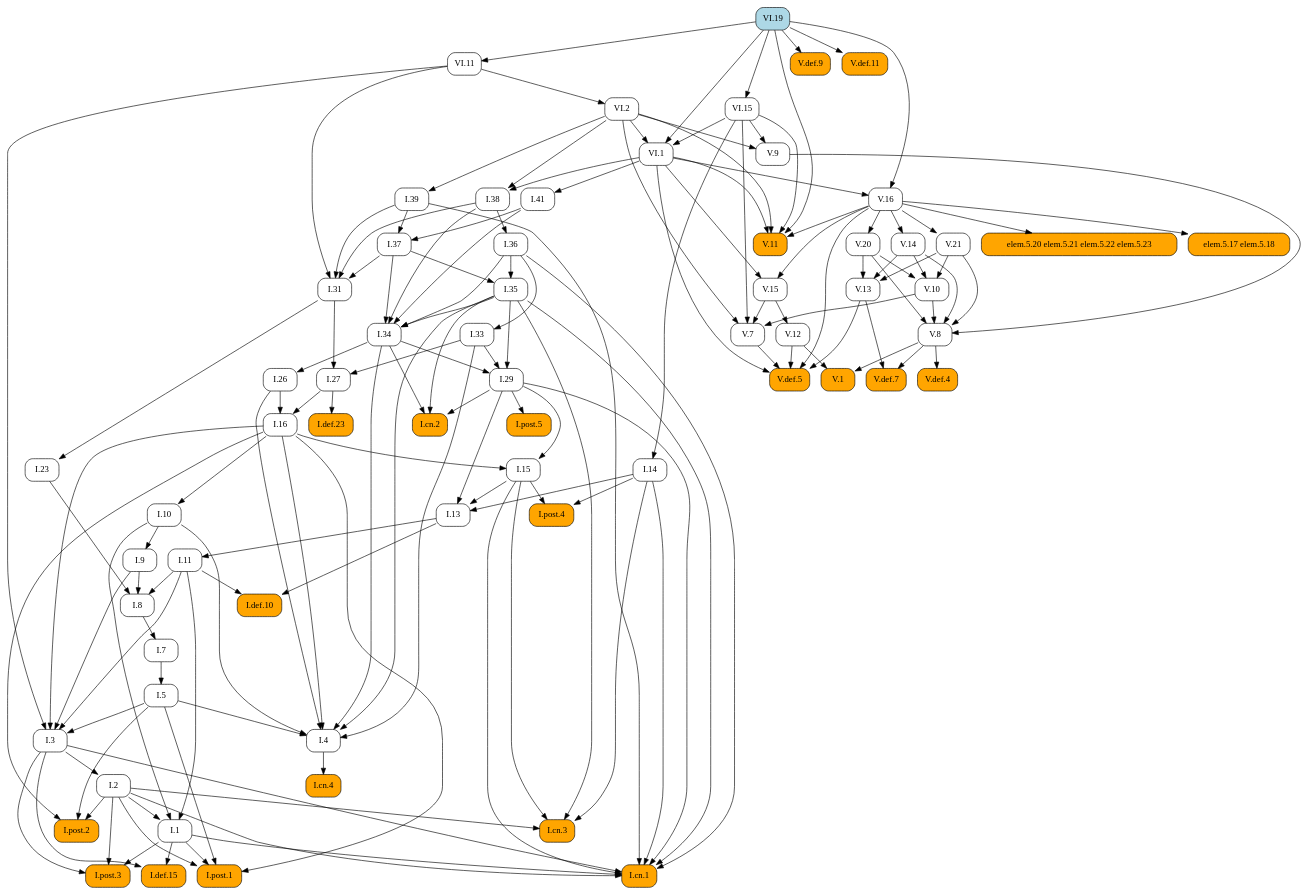
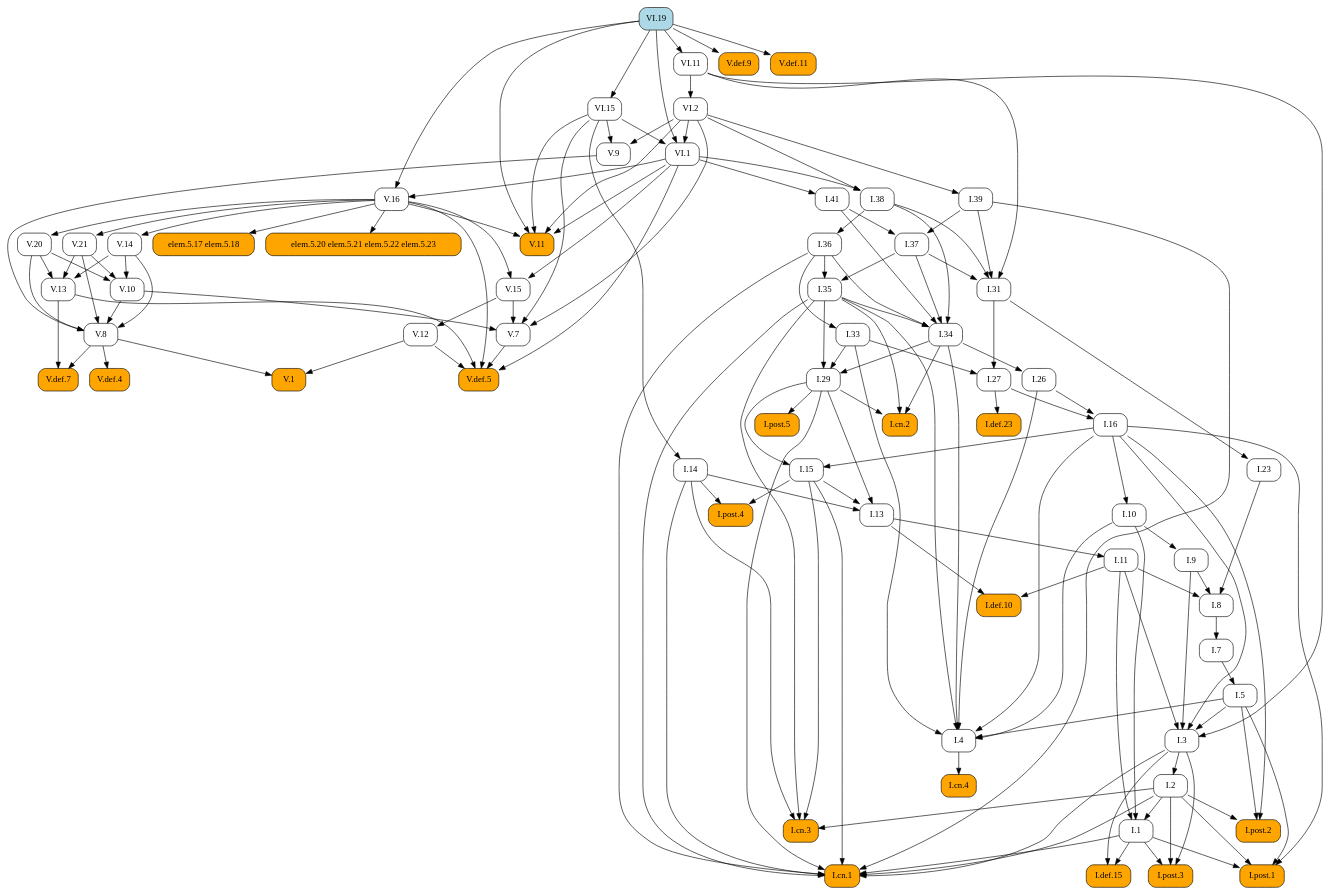
The diagram in docsrc/elements2/VI/19/index.rst (geometor/elements), drawn with Graphviz before and after one commit. The commit also changed other lines of this file and 171 other files, not shown here.

```diff
--- a/docsrc/elements2/VI/19/index.rst
+++ b/docsrc/elements2/VI/19/index.rst
@@ -61,183 +61,156 @@
    digraph {
      rankdir="TB";
      node [shape=box, style=rounded];
+     "V.20" [URL="/elements2/V/20/", target="_top"];
+     "I.8" [URL="/elements2/I/8/", target="_top"];
+     "VI.19" [style="rounded,filled", fillcolor=lightblue, URL="/elements2/VI/19/", target="_top"];
+     "VI.15" [URL="/elements2/VI/15/", target="_top"];
+     "I.36" [URL="/elements2/I/36/", target="_top"];
+     "V.def.5" [style="rounded,filled", fillcolor=orange, URL="/elements2/V/def.5/", target="_top"];
+     "V.def.7" [style="rounded,filled", fillcolor=orange, URL="/elements2/V/def.7/", target="_top"];
+     "V.def.4" [style="rounded,filled", fillcolor=orange, URL="/elements2/V/def.4/", target="_top"];
+     "I.14" [URL="/elements2/I/14/", target="_top"];
+     "I.post.1" [style="rounded,filled", fillcolor=orange, URL="/elements2/I/post.1/", target="_top"];
+     "I.33" [URL="/elements2/I/33/", target="_top"];
+     "I.5" [URL="/elements2/I/5/", target="_top"];
+     "I.38" [URL="/elements2/I/38/", target="_top"];
      "elem.5.17 elem.5.18" [style="rounded,filled", fillcolor=orange];
+     "VI.1" [URL="/elements2/VI/1/", target="_top"];
+     "V.11" [style="rounded,filled", fillcolor=orange, URL="/elements2/V/11/", target="_top"];
+     "V.13" [URL="/elements2/V/13/", target="_top"];
+     "I.def.10" [style="rounded,filled", fillcolor=orange, URL="/elements2/I/def.10/", target="_top"];
+     "I.post.5" [style="rounded,filled", fillcolor=orange, URL="/elements2/I/post.5/", target="_top"];
+     "I.cn.2" [style="rounded,filled", fillcolor=orange, URL="/elements2/I/cn.2/", target="_top"];
+     "VI.11" [URL="/elements2/VI/11/", target="_top"];
+     "V.9" [URL="/elements2/V/9/", target="_top"];
+     "V.16" [URL="/elements2/V/16/", target="_top"];
+     "I.def.15" [style="rounded,filled", fillcolor=orange, URL="/elements2/I/def.15/", target="_top"];
+     "V.15" [URL="/elements2/V/15/", target="_top"];
+     "I.31" [URL="/elements2/I/31/", target="_top"];
+     "I.11" [URL="/elements2/I/11/", target="_top"];
+     "I.3" [URL="/elements2/I/3/", target="_top"];
+     "I.post.2" [style="rounded,filled", fillcolor=orange, URL="/elements2/I/post.2/", target="_top"];
+     "I.def.23" [style="rounded,filled", fillcolor=orange, URL="/elements2/I/def.23/", target="_top"];
+     "I.26" [URL="/elements2/I/26/", target="_top"];
+     "V.14" [URL="/elements2/V/14/", target="_top"];
+     "V.10" [URL="/elements2/V/10/", target="_top"];
+     "I.cn.3" [style="rounded,filled", fillcolor=orange, URL="/elements2/I/cn.3/", target="_top"];
+     "I.1" [URL="/elements2/I/1/", target="_top"];
+     "I.cn.4" [style="rounded,filled", fillcolor=orange, URL="/elements2/I/cn.4/", target="_top"];
+     "I.7" [URL="/elements2/I/7/", target="_top"];
+     "I.9" [URL="/elements2/I/9/", target="_top"];
+     "V.def.9" [style="rounded,filled", fillcolor=orange, URL="/elements2/V/def.9/", target="_top"];
+     "I.16" [URL="/elements2/I/16/", target="_top"];
+     "V.7" [URL="/elements2/V/7/", target="_top"];
+     "I.cn.1" [style="rounded,filled", fillcolor=orange, URL="/elements2/I/cn.1/", target="_top"];
+     "elem.5.20 elem.5.21 elem.5.22 elem.5.23" [style="rounded,filled", fillcolor=orange];
+     "V.21" [URL="/elements2/V/21/", target="_top"];
+     "V.12" [URL="/elements2/V/12/", target="_top"];
+     "I.13" [URL="/elements2/I/13/", target="_top"];
+     "I.post.4" [style="rounded,filled", fillcolor=orange, URL="/elements2/I/post.4/", target="_top"];
+     "V.1" [style="rounded,filled", fillcolor=orange, URL="/elements2/V/1/", target="_top"];
+     "I.41" [URL="/elements2/I/41/", target="_top"];
+     "I.29" [URL="/elements2/I/29/", target="_top"];
+     "I.2" [URL="/elements2/I/2/", target="_top"];
+     "I.35" [URL="/elements2/I/35/", target="_top"];
      "I.37" [URL="/elements2/I/37/", target="_top"];
-     "V.7" [URL="/elements2/V/7/", target="_top"];
-     "I.def.10" [style="rounded,filled", fillcolor=orange, URL="/elements2/I/def.10/", target="_top"];
+     "I.27" [URL="/elements2/I/27/", target="_top"];
+     "I.4" [URL="/elements2/I/4/", target="_top"];
+     "V.8" [URL="/elements2/V/8/", target="_top"];
+     "VI.2" [URL="/elements2/VI/2/", target="_top"];
+     "I.39" [URL="/elements2/I/39/", target="_top"];
+     "I.10" [URL="/elements2/I/10/", target="_top"];
+     "I.15" [URL="/elements2/I/15/", target="_top"];
+     "V.def.11" [style="rounded,filled", fillcolor=orange, URL="/elements2/V/def.11/", target="_top"];
      "I.34" [URL="/elements2/I/34/", target="_top"];
-     "V.def.5" [style="rounded,filled", fillcolor=orange, URL="/elements2/V/def.5/", target="_top"];
-     "I.def.15" [style="rounded,filled", fillcolor=orange, URL="/elements2/I/def.15/", target="_top"];
+     "I.23" [URL="/elements2/I/23/", target="_top"];
      "I.post.3" [style="rounded,filled", fillcolor=orange, URL="/elements2/I/post.3/", target="_top"];
-     "I.cn.4" [style="rounded,filled", fillcolor=orange, URL="/elements2/I/cn.4/", target="_top"];
-     "V.def.7" [style="rounded,filled", fillcolor=orange, URL="/elements2/V/def.7/", target="_top"];
-     "VI.11" [URL="/elements2/VI/11/", target="_top"];
-     "I.41" [URL="/elements2/I/41/", target="_top"];
-     "I.36" [URL="/elements2/I/36/", target="_top"];
-     "I.27" [URL="/elements2/I/27/", target="_top"];
-     "VI.15" [URL="/elements2/VI/15/", target="_top"];
-     "V.10" [URL="/elements2/V/10/", target="_top"];
-     "I.post.2" [style="rounded,filled", fillcolor=orange, URL="/elements2/I/post.2/", target="_top"];
-     "I.13" [URL="/elements2/I/13/", target="_top"];
-     "I.10" [URL="/elements2/I/10/", target="_top"];
-     "I.post.1" [style="rounded,filled", fillcolor=orange, URL="/elements2/I/post.1/", target="_top"];
-     "I.7" [URL="/elements2/I/7/", target="_top"];
-     "V.14" [URL="/elements2/V/14/", target="_top"];
-     "V.15" [URL="/elements2/V/15/", target="_top"];
-     "I.14" [URL="/elements2/I/14/", target="_top"];
-     "I.11" [URL="/elements2/I/11/", target="_top"];
-     "I.4" [URL="/elements2/I/4/", target="_top"];
-     "V.13" [URL="/elements2/V/13/", target="_top"];
-     "V.16" [URL="/elements2/V/16/", target="_top"];
-     "V.1" [style="rounded,filled", fillcolor=orange, URL="/elements2/V/1/", target="_top"];
-     "I.16" [URL="/elements2/I/16/", target="_top"];
-     "V.21" [URL="/elements2/V/21/", target="_top"];
-     "I.def.23" [style="rounded,filled", fillcolor=orange, URL="/elements2/I/def.23/", target="_top"];
-     "elem.5.20 elem.5.21 elem.5.22 elem.5.23" [style="rounded,filled", fillcolor=orange];
-     "I.9" [URL="/elements2/I/9/", target="_top"];
-     "I.38" [URL="/elements2/I/38/", target="_top"];
-     "I.2" [URL="/elements2/I/2/", target="_top"];
-     "I.23" [URL="/elements2/I/23/", target="_top"];
-     "I.26" [URL="/elements2/I/26/", target="_top"];
-     "I.cn.2" [style="rounded,filled", fillcolor=orange, URL="/elements2/I/cn.2/", target="_top"];
-     "VI.2" [URL="/elements2/VI/2/", target="_top"];
-     "I.8" [URL="/elements2/I/8/", target="_top"];
-     "I.15" [URL="/elements2/I/15/", target="_top"];
-     "I.post.5" [style="rounded,filled", fillcolor=orange, URL="/elements2/I/post.5/", target="_top"];
-     "VI.19" [style="rounded,filled", fillcolor=lightblue, URL="/elements2/VI/19/", target="_top"];
-     "VI.1" [URL="/elements2/VI/1/", target="_top"];
-     "I.1" [URL="/elements2/I/1/", target="_top"];
-     "V.def.4" [style="rounded,filled", fillcolor=orange, URL="/elements2/V/def.4/", target="_top"];
-     "I.35" [URL="/elements2/I/35/", target="_top"];
-     "V.def.9" [style="rounded,filled", fillcolor=orange, URL="/elements2/V/def.9/", target="_top"];
-     "V.def.11" [style="rounded,filled", fillcolor=orange, URL="/elements2/V/def.11/", target="_top"];
-     "V.11" [style="rounded,filled", fillcolor=orange, URL="/elements2/V/11/", target="_top"];
-     "V.12" [URL="/elements2/V/12/", target="_top"];
-     "I.33" [URL="/elements2/I/33/", target="_top"];
-     "I.31" [URL="/elements2/I/31/", target="_top"];
-     "I.post.4" [style="rounded,filled", fillcolor=orange, URL="/elements2/I/post.4/", target="_top"];
-     "I.39" [URL="/elements2/I/39/", target="_top"];
-     "I.cn.1" [style="rounded,filled", fillcolor=orange, URL="/elements2/I/cn.1/", target="_top"];
-     "I.3" [URL="/elements2/I/3/", target="_top"];
-     "I.cn.3" [style="rounded,filled", fillcolor=orange, URL="/elements2/I/cn.3/", target="_top"];
-     "V.9" [URL="/elements2/V/9/", target="_top"];
-     "I.29" [URL="/elements2/I/29/", target="_top"];
-     "I.5" [URL="/elements2/I/5/", target="_top"];
-     "V.8" [URL="/elements2/V/8/", target="_top"];
-     "V.20" [URL="/elements2/V/20/", target="_top"];
-     "V.16" -> "elem.5.17 elem.5.18";
-     "I.39" -> "I.37";
-     "I.41" -> "I.37";
-     "V.10" -> "V.7";
-     "V.15" -> "V.7";
-     "VI.2" -> "V.7";
-     "VI.15" -> "V.7";
-     "I.11" -> "I.def.10";
-     "I.13" -> "I.def.10";
-     "I.35" -> "I.34";
-     "I.36" -> "I.34";
-     "I.37" -> "I.34";
-     "I.38" -> "I.34";
-     "I.41" -> "I.34";
+     "V.16" -> "V.20";
+     "I.9" -> "I.8";
+     "I.11" -> "I.8";
+     "I.23" -> "I.8";
+     "VI.19" -> "VI.15";
+     "I.38" -> "I.36";
      "V.7" -> "V.def.5";
      "V.12" -> "V.def.5";
      "V.13" -> "V.def.5";
      "V.16" -> "V.def.5";
      "VI.1" -> "V.def.5";
-     "I.1" -> "I.def.15";
-     "I.3" -> "I.def.15";
-     "I.1" -> "I.post.3";
-     "I.2" -> "I.post.3";
-     "I.3" -> "I.post.3";
-     "I.4" -> "I.cn.4";
      "V.8" -> "V.def.7";
      "V.13" -> "V.def.7";
-     "VI.19" -> "VI.11";
-     "VI.1" -> "I.41";
-     "I.38" -> "I.36";
-     "I.31" -> "I.27";
-     "I.33" -> "I.27";
-     "VI.19" -> "VI.15";
-     "V.14" -> "V.10";
-     "V.20" -> "V.10";
-     "V.21" -> "V.10";
-     "I.2" -> "I.post.2";
-     "I.5" -> "I.post.2";
-     "I.16" -> "I.post.2";
-     "I.14" -> "I.13";
-     "I.15" -> "I.13";
-     "I.29" -> "I.13";
-     "I.16" -> "I.10";
+     "V.8" -> "V.def.4";
+     "VI.15" -> "I.14";
      "I.1" -> "I.post.1";
      "I.2" -> "I.post.1";
      "I.5" -> "I.post.1";
      "I.16" -> "I.post.1";
-     "I.8" -> "I.7";
-     "V.16" -> "V.14";
-     "V.16" -> "V.15";
-     "VI.1" -> "V.15";
-     "VI.15" -> "I.14";
-     "I.13" -> "I.11";
-     "I.5" -> "I.4";
-     "I.10" -> "I.4";
-     "I.16" -> "I.4";
-     "I.26" -> "I.4";
-     "I.33" -> "I.4";
-     "I.34" -> "I.4";
-     "I.35" -> "I.4";
-     "V.14" -> "V.13";
-     "V.20" -> "V.13";
-     "V.21" -> "V.13";
-     "VI.1" -> "V.16";
-     "VI.19" -> "V.16";
-     "V.8" -> "V.1";
-     "V.12" -> "V.1";
-     "I.26" -> "I.16";
-     "I.27" -> "I.16";
-     "V.16" -> "V.21";
-     "I.27" -> "I.def.23";
-     "V.16" -> "elem.5.20 elem.5.21 elem.5.22 elem.5.23";
-     "I.10" -> "I.9";
+     "I.36" -> "I.33";
+     "I.7" -> "I.5";
      "VI.1" -> "I.38";
      "VI.2" -> "I.38";
-     "I.3" -> "I.2";
-     "I.31" -> "I.23";
-     "I.34" -> "I.26";
-     "I.29" -> "I.cn.2";
-     "I.34" -> "I.cn.2";
-     "I.35" -> "I.cn.2";
-     "VI.11" -> "VI.2";
-     "I.9" -> "I.8";
-     "I.11" -> "I.8";
-     "I.23" -> "I.8";
-     "I.16" -> "I.15";
-     "I.29" -> "I.15";
-     "I.29" -> "I.post.5";
+     "V.16" -> "elem.5.17 elem.5.18";
      "VI.2" -> "VI.1";
      "VI.15" -> "VI.1";
      "VI.19" -> "VI.1";
-     "I.2" -> "I.1";
-     "I.10" -> "I.1";
-     "I.11" -> "I.1";
-     "V.8" -> "V.def.4";
-     "I.36" -> "I.35";
-     "I.37" -> "I.35";
-     "VI.19" -> "V.def.9";
-     "VI.19" -> "V.def.11";
      "V.16" -> "V.11";
      "VI.1" -> "V.11";
      "VI.2" -> "V.11";
      "VI.15" -> "V.11";
      "VI.19" -> "V.11";
-     "V.15" -> "V.12";
-     "I.36" -> "I.33";
+     "V.14" -> "V.13";
+     "V.20" -> "V.13";
+     "V.21" -> "V.13";
+     "I.11" -> "I.def.10";
+     "I.13" -> "I.def.10";
+     "I.29" -> "I.post.5";
+     "I.29" -> "I.cn.2";
+     "I.34" -> "I.cn.2";
+     "I.35" -> "I.cn.2";
+     "VI.19" -> "VI.11";
+     "VI.2" -> "V.9";
+     "VI.15" -> "V.9";
+     "VI.1" -> "V.16";
+     "VI.19" -> "V.16";
+     "I.1" -> "I.def.15";
+     "I.3" -> "I.def.15";
+     "V.16" -> "V.15";
+     "VI.1" -> "V.15";
      "I.37" -> "I.31";
      "I.38" -> "I.31";
      "I.39" -> "I.31";
      "VI.11" -> "I.31";
-     "I.14" -> "I.post.4";
-     "I.15" -> "I.post.4";
-     "VI.2" -> "I.39";
+     "I.13" -> "I.11";
+     "I.5" -> "I.3";
+     "I.9" -> "I.3";
+     "I.11" -> "I.3";
+     "I.16" -> "I.3";
+     "VI.11" -> "I.3";
+     "I.2" -> "I.post.2";
+     "I.5" -> "I.post.2";
+     "I.16" -> "I.post.2";
+     "I.27" -> "I.def.23";
+     "I.34" -> "I.26";
+     "V.16" -> "V.14";
+     "V.14" -> "V.10";
+     "V.20" -> "V.10";
+     "V.21" -> "V.10";
+     "I.2" -> "I.cn.3";
+     "I.14" -> "I.cn.3";
+     "I.15" -> "I.cn.3";
+     "I.35" -> "I.cn.3";
+     "I.2" -> "I.1";
+     "I.10" -> "I.1";
+     "I.11" -> "I.1";
+     "I.4" -> "I.cn.4";
+     "I.8" -> "I.7";
+     "I.10" -> "I.9";
+     "VI.19" -> "V.def.9";
+     "I.26" -> "I.16";
+     "I.27" -> "I.16";
+     "V.10" -> "V.7";
+     "V.15" -> "V.7";
+     "VI.2" -> "V.7";
+     "VI.15" -> "V.7";
      "I.1" -> "I.cn.1";
      "I.2" -> "I.cn.1";
      "I.3" -> "I.cn.1";
@@ -247,25 +220,52 @@
      "I.35" -> "I.cn.1";
      "I.36" -> "I.cn.1";
      "I.39" -> "I.cn.1";
-     "I.5" -> "I.3";
-     "I.9" -> "I.3";
-     "I.11" -> "I.3";
-     "I.16" -> "I.3";
-     "VI.11" -> "I.3";
-     "I.2" -> "I.cn.3";
-     "I.14" -> "I.cn.3";
-     "I.15" -> "I.cn.3";
-     "I.35" -> "I.cn.3";
-     "VI.2" -> "V.9";
-     "VI.15" -> "V.9";
+     "V.16" -> "elem.5.20 elem.5.21 elem.5.22 elem.5.23";
+     "V.16" -> "V.21";
+     "V.15" -> "V.12";
+     "I.14" -> "I.13";
+     "I.15" -> "I.13";
+     "I.29" -> "I.13";
+     "I.14" -> "I.post.4";
+     "I.15" -> "I.post.4";
+     "V.8" -> "V.1";
+     "V.12" -> "V.1";
+     "VI.1" -> "I.41";
      "I.33" -> "I.29";
      "I.34" -> "I.29";
      "I.35" -> "I.29";
-     "I.7" -> "I.5";
+     "I.3" -> "I.2";
+     "I.36" -> "I.35";
+     "I.37" -> "I.35";
+     "I.39" -> "I.37";
+     "I.41" -> "I.37";
+     "I.31" -> "I.27";
+     "I.33" -> "I.27";
+     "I.5" -> "I.4";
+     "I.10" -> "I.4";
+     "I.16" -> "I.4";
+     "I.26" -> "I.4";
+     "I.33" -> "I.4";
+     "I.34" -> "I.4";
+     "I.35" -> "I.4";
      "V.9" -> "V.8";
      "V.10" -> "V.8";
      "V.14" -> "V.8";
      "V.20" -> "V.8";
      "V.21" -> "V.8";
-     "V.16" -> "V.20";
+     "VI.11" -> "VI.2";
+     "VI.2" -> "I.39";
+     "I.16" -> "I.10";
+     "I.16" -> "I.15";
+     "I.29" -> "I.15";
+     "VI.19" -> "V.def.11";
+     "I.35" -> "I.34";
+     "I.36" -> "I.34";
+     "I.37" -> "I.34";
+     "I.38" -> "I.34";
+     "I.41" -> "I.34";
+     "I.31" -> "I.23";
+     "I.1" -> "I.post.3";
+     "I.2" -> "I.post.3";
+     "I.3" -> "I.post.3";
    }
```
